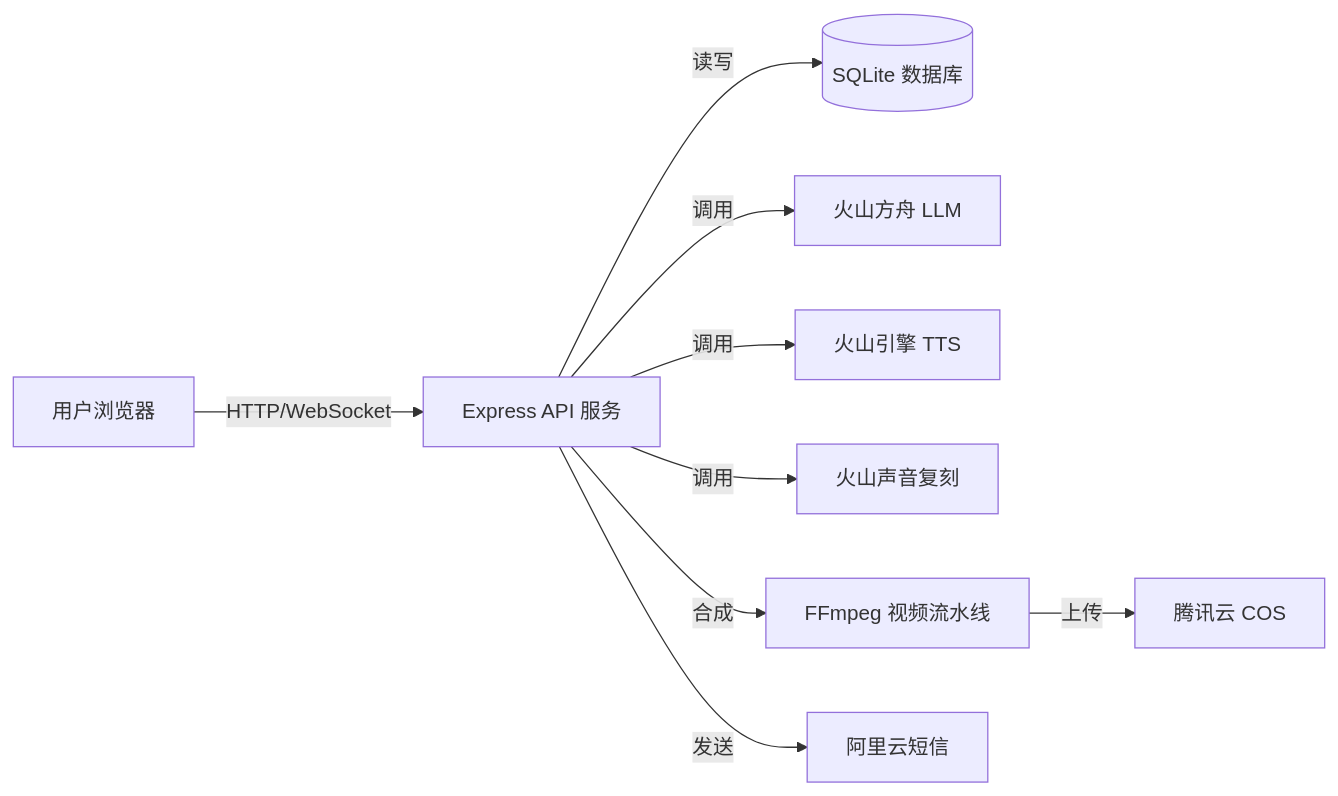
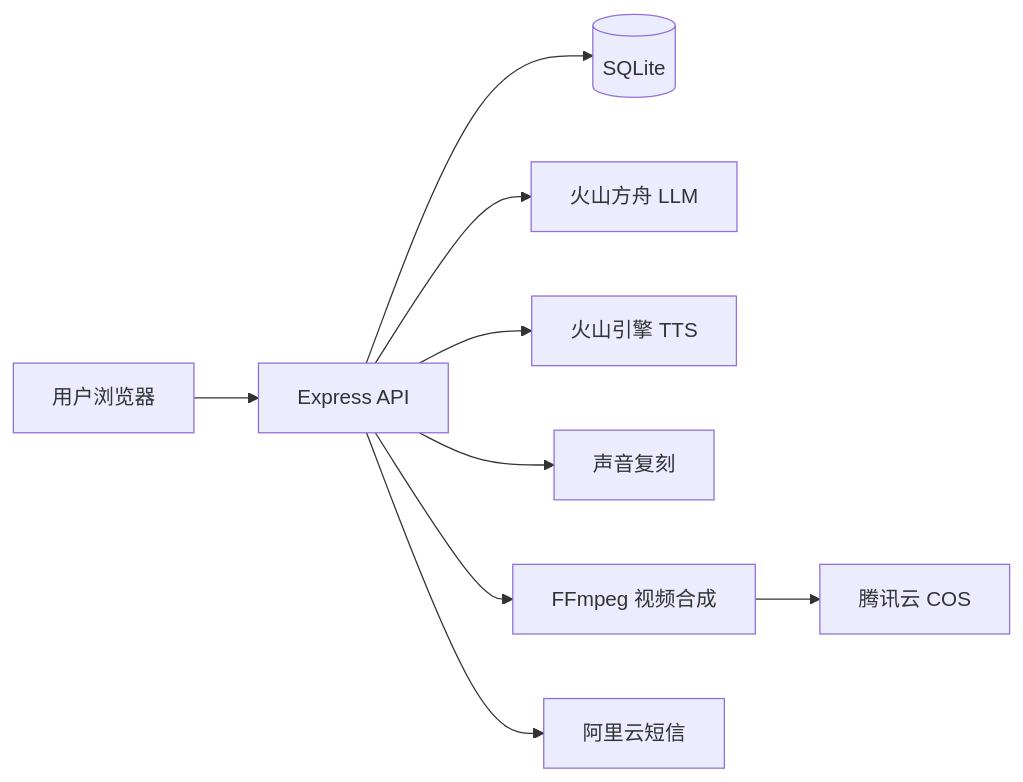
One commit to Dewensong/huaying changed the diagram in README.md. Above: the diagram before and after it, drawn with Mermaid.

Commit message:
Fix Mermaid diagram: simplify labels for GitHub rendering

````diff
--- a/README.md
+++ b/README.md
@@ -123,11 +123,11 @@
 ```mermaid
 graph LR
-    A[用户浏览器] -->|HTTP/WebSocket| B[Express API 服务]
-    B -->|读写| C[(SQLite 数据库)]
-    B -->|调用| D[火山方舟 LLM]
-    B -->|调用| E[火山引擎 TTS]
-    B -->|调用| F[火山声音复刻]
-    B -->|合成| G[FFmpeg 视频流水线]
-    G -->|上传| H[腾讯云 COS]
-    B -->|发送| I[阿里云短信]
+    A[用户浏览器] --> B[Express API]
+    B --> C[(SQLite)]
+    B --> D[火山方舟 LLM]
+    B --> E[火山引擎 TTS]
+    B --> F[声音复刻]
+    B --> G[FFmpeg 视频合成]
+    G --> H[腾讯云 COS]
+    B --> I[阿里云短信]
 ```
````
